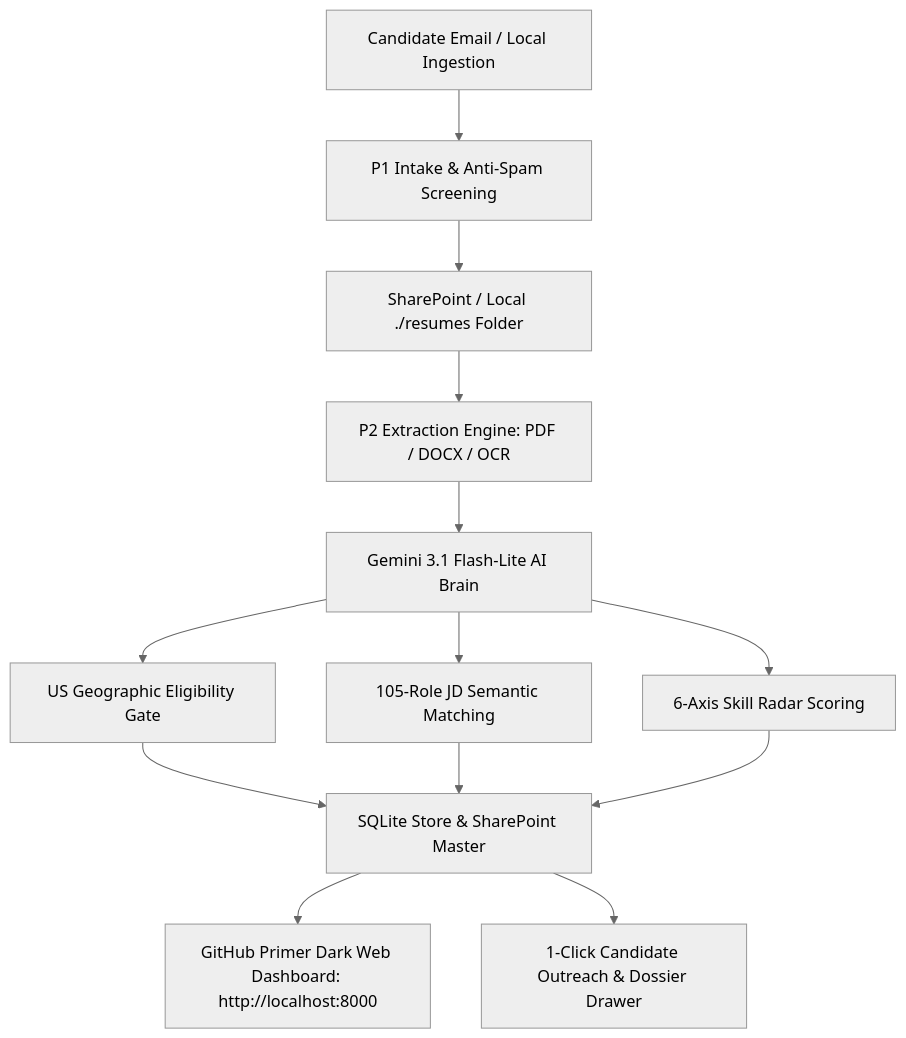
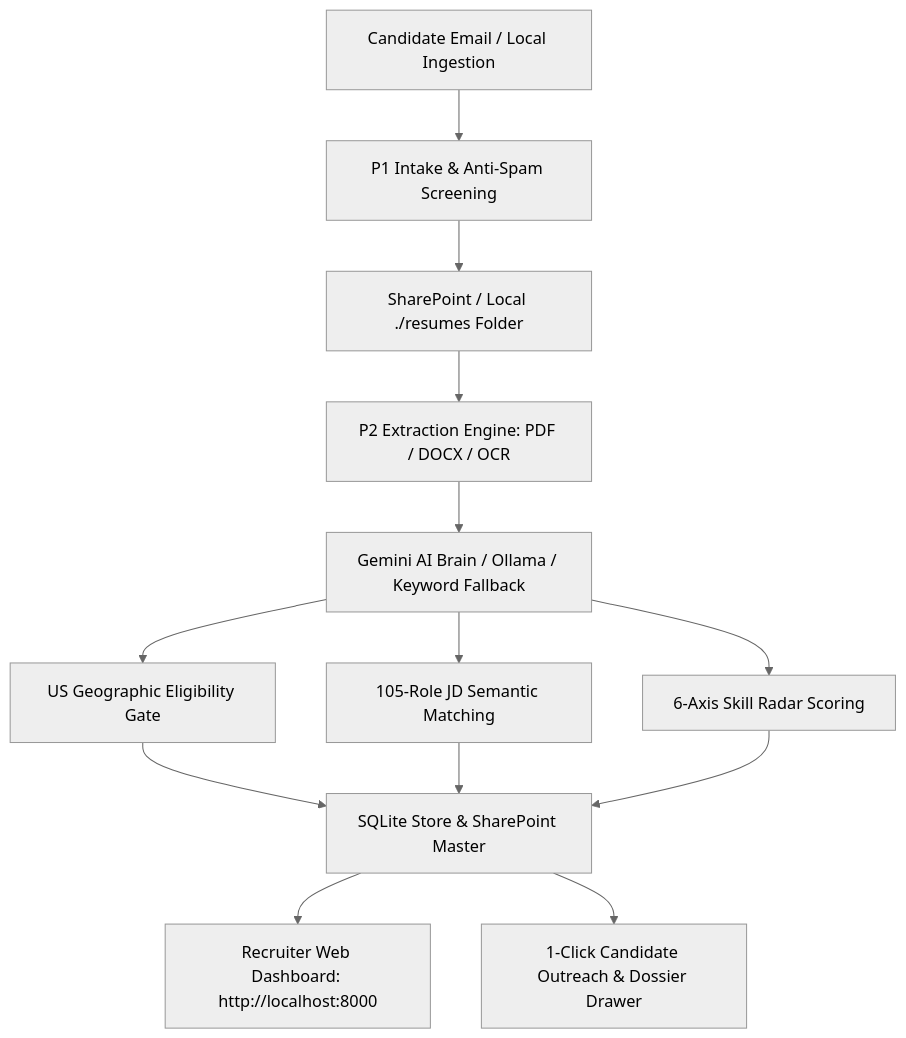
Before and after one commit to yashv456-dev/DriverAI-HiringAgent: the diagram in README.md, drawn with Mermaid (neutral theme). The commit also changed other lines of this file and 5 other files, not shown here.

````diff
--- a/README.md
+++ b/README.md
@@ -11,13 +11,13 @@
 ```mermaid
 graph TD
     A[Candidate Email / Local Ingestion] --> B[P1 Intake & Anti-Spam Screening]
     B --> C[SharePoint / Local ./resumes Folder]
     C --> D[P2 Extraction Engine: PDF / DOCX / OCR]
-    D --> E[Gemini 3.1 Flash-Lite AI Brain]
+    D --> E[Gemini AI Brain / Ollama / Keyword Fallback]
     E --> F[US Geographic Eligibility Gate]
     E --> G[105-Role JD Semantic Matching]
     E --> H[6-Axis Skill Radar Scoring]
     F & G & H --> I[SQLite Store & SharePoint Master]
-    I --> J[GitHub Primer Dark Web Dashboard: http://localhost:8000]
+    I --> J[Recruiter Web Dashboard: http://localhost:8000]
     I --> K[1-Click Candidate Outreach & Dossier Drawer]
 ```
````
